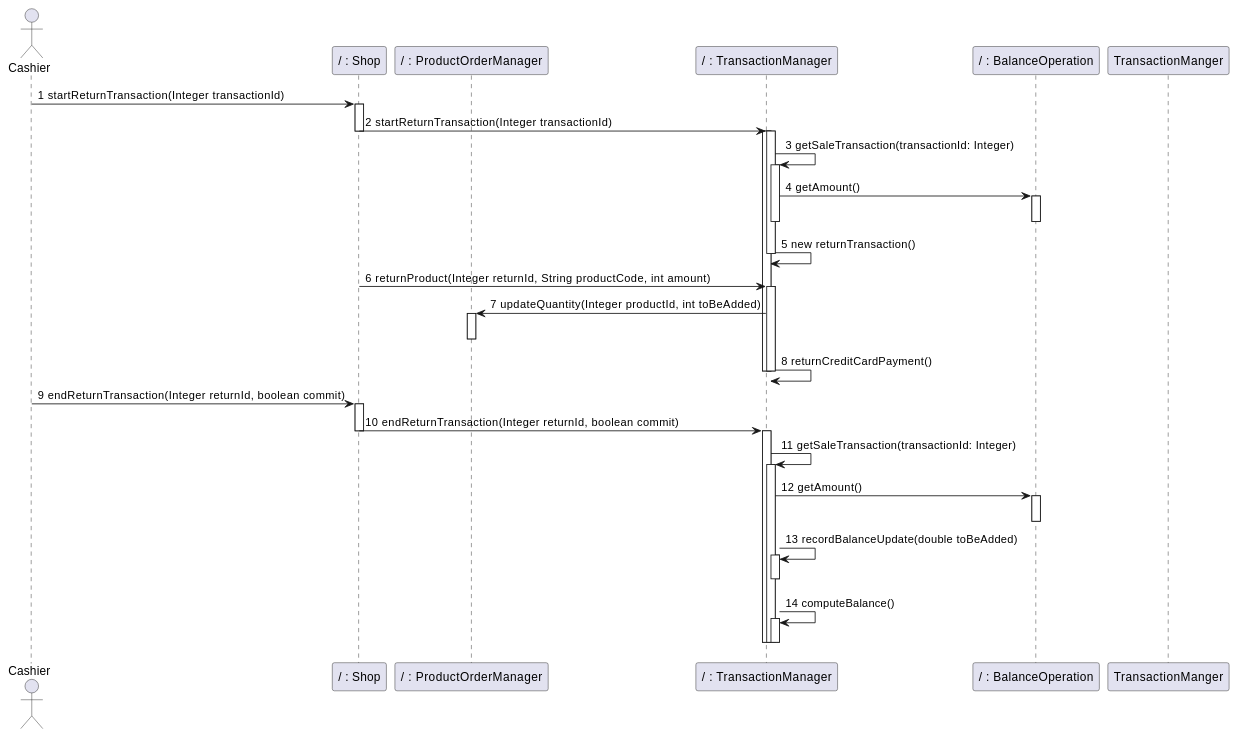
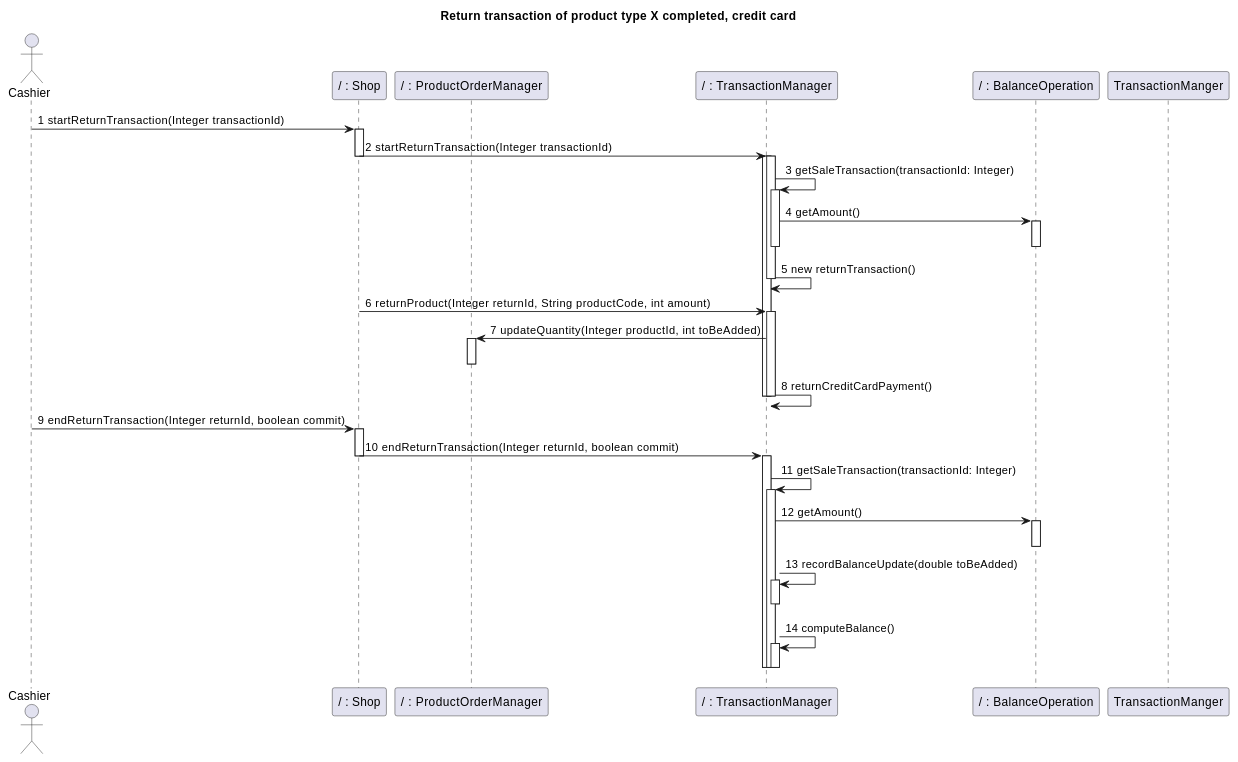
Before and after one commit to nicolabattaglino/ezshop: diagram 28 of 32 in Deliverables/DesignDocument.md, drawn with PlantUML. The commit also changed other lines of this file, not shown here.

````diff
--- a/Deliverables/DesignDocument.md
+++ b/Deliverables/DesignDocument.md
@@ -1340,52 +1363,58 @@
 ```plantuml
 @startuml
+
+title
+Return transaction of product type X completed, credit card
+end title
+
+
 actor Cashier
 participant "/ : Shop" as Shop
 participant "/ : ProductOrderManager" as ProductOrderManager
 participant "/ : TransactionManager" as TransactionManager
 participant "/ : BalanceOperation" as BalanceOperation
 Cashier -> Shop :1 startReturnTransaction(Integer transactionId)
 activate Shop
 Shop -> TransactionManager:2 startReturnTransaction(Integer transactionId)
 Deactivate Shop
 activate TransactionManager
 activate TransactionManager
 TransactionManager -> TransactionManager:3 getSaleTransaction(transactionId: Integer)
 activate TransactionManager
 TransactionManager -> BalanceOperation :4 getAmount()
 activate BalanceOperation
 deactivate BalanceOperation
 deactivate TransactionManager
 TransactionManager -> TransactionManager:5 new returnTransaction()
 deactivate TransactionManager
 Shop -> TransactionManager:6 returnProduct(Integer returnId, String productCode, int amount)
 activate TransactionManager
 TransactionManager -> ProductOrderManager:7 updateQuantity(Integer productId, int toBeAdded)
 activate ProductOrderManager
 deactivate ProductOrderManager
 TransactionManager -> TransactionManager:8 returnCreditCardPayment()
 deactivate TransactionManager 
 deactivate TransactionManager 
 Cashier -> Shop :9 endReturnTransaction(Integer returnId, boolean commit)
 activate Shop
 Shop -> TransactionManager:10 endReturnTransaction(Integer returnId, boolean commit)
 deactivate Shop
 activate TransactionManager
 TransactionManager -> TransactionManager:11 getSaleTransaction(transactionId: Integer)
 activate TransactionManager
 TransactionManager -> BalanceOperation :12 getAmount()
 activate BalanceOperation
 deactivate BalanceOperation
 deactivate TransactionManger 
 deactivate TransactionManger 
 TransactionManager -> TransactionManager:13 recordBalanceUpdate(double toBeAdded)
 activate TransactionManager 
 deactivate TransactionManager 
 TransactionManager -> TransactionManager:14 computeBalance()
 activate TransactionManager
 deactivate TransactionManager
 deactivate TransactionManager
 deactivate TransactionManager 
 
 @enduml
 ```
````
